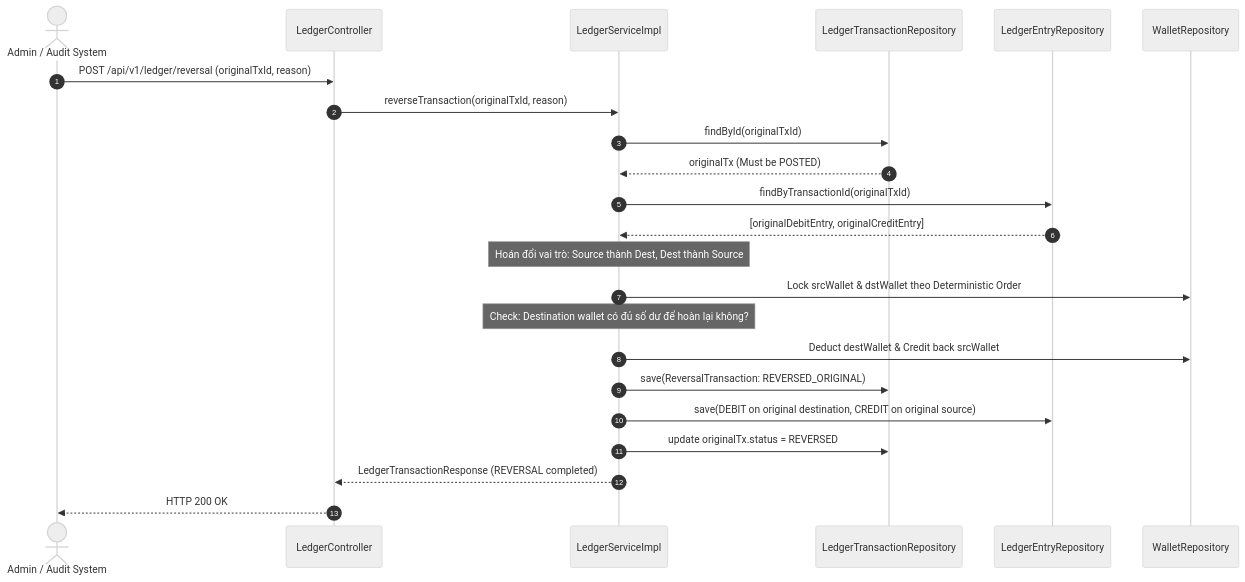
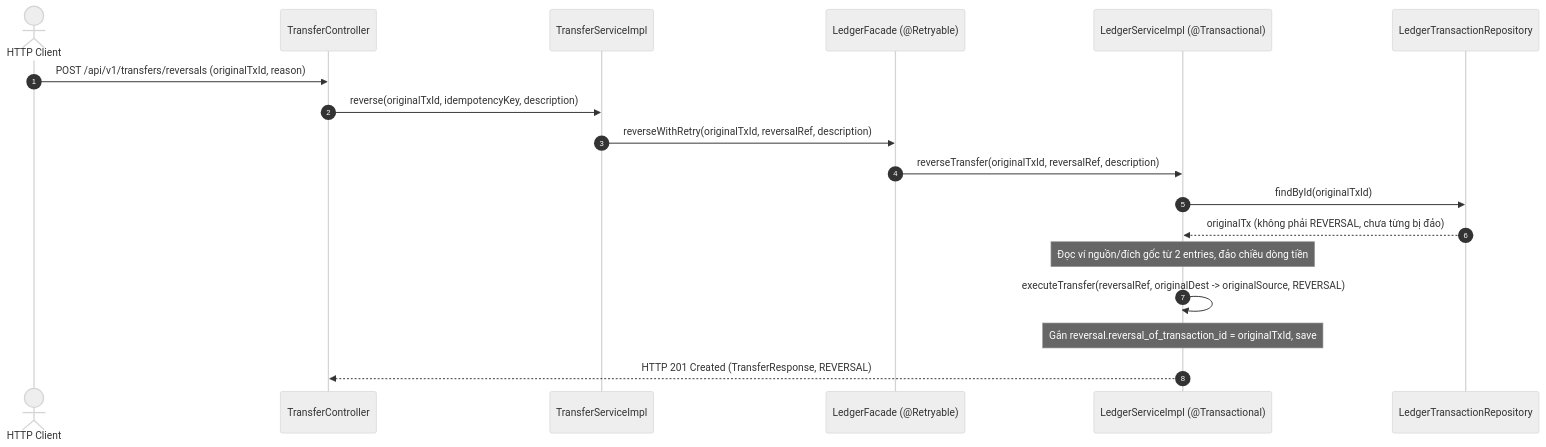
The sixth of 8 diagrams in docs/diagram/ledger.md (dducsw/mini-digital-wallet), drawn with Mermaid (neutral theme) before and after one commit. The commit also changed other lines of this file and 102 other files, not shown here.

````diff
--- a/docs/diagram/ledger.md
+++ b/docs/diagram/ledger.md
@@ -207,29 +199,21 @@
 ```mermaid
 sequenceDiagram
     autonumber
-    actor Admin as Admin / Audit System
-    participant LC as LedgerController
-    participant LS as LedgerServiceImpl
+    actor Client as HTTP Client
+    participant TC as TransferController
+    participant TS as TransferServiceImpl
+    participant LF as LedgerFacade (@Retryable)
+    participant LS as LedgerServiceImpl (@Transactional)
     participant LTR as LedgerTransactionRepository
-    participant LER as LedgerEntryRepository
-    participant WR as WalletRepository
 
-    Admin->>LC: POST /api/v1/ledger/reversal (originalTxId, reason)
-    LC->>LS: reverseTransaction(originalTxId, reason)
+    Client->>TC: POST /api/v1/transfers/reversals (originalTxId, reason)
+    TC->>TS: reverse(originalTxId, idempotencyKey, description)
+    TS->>LF: reverseWithRetry(originalTxId, reversalRef, description)
+    LF->>LS: reverseTransfer(originalTxId, reversalRef, description)
     LS->>LTR: findById(originalTxId)
-    LTR-->>LS: originalTx (Must be POSTED)
-    LS->>LER: findByTransactionId(originalTxId)
-    LER-->>LS: [originalDebitEntry, originalCreditEntry]
-
-    Note over LS: Hoán đổi vai trò: Source thành Dest, Dest thành Source
-    LS->>WR: Lock srcWallet & dstWallet theo Deterministic Order
-    Note over LS: Check: Destination wallet có đủ số dư để hoàn lại không?
-    LS->>WR: Deduct destWallet & Credit back srcWallet
-
-    LS->>LTR: save(ReversalTransaction: REVERSED_ORIGINAL)
-    LS->>LER: save(DEBIT on original destination, CREDIT on original source)
-    LS->>LTR: update originalTx.status = REVERSED
-
-    LS-->>LC: LedgerTransactionResponse (REVERSAL completed)
-    LC-->>Admin: HTTP 200 OK
+    LTR-->>LS: originalTx (không phải REVERSAL, chưa từng bị đảo)
+    Note over LS: Đọc ví nguồn/đích gốc từ 2 entries, đảo chiều dòng tiền
+    LS->>LS: executeTransfer(reversalRef, originalDest -> originalSource, REVERSAL)
+    Note over LS: Gắn reversal.reversal_of_transaction_id = originalTxId, save
+    LS-->>TC: HTTP 201 Created (TransferResponse, REVERSAL)
 ```
````
